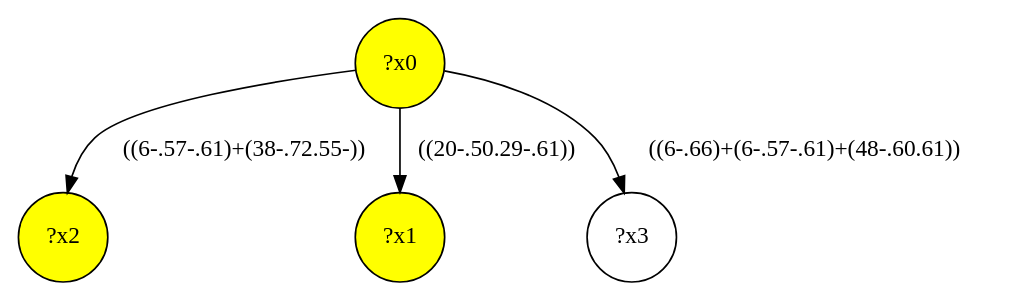
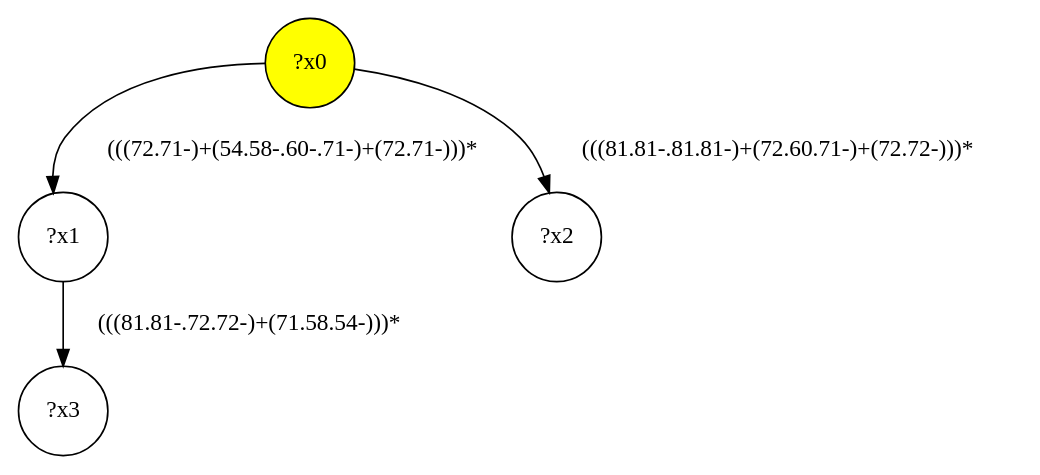
One commit to MathieuGicquel/federated-benchmark changed the diagram in lib/gmark/demo/shop/shop-interface/query-21.dot. Above: the diagram before and after it, drawn with Graphviz. The commit also changed 354 other files, not shown here.

```diff
--- a/lib/gmark/demo/shop/shop-interface/query-21.dot
+++ b/lib/gmark/demo/shop/shop-interface/query-21.dot
@@ -1,9 +1,9 @@
 digraph g {
 	x0 [fillcolor="yellow", style="filled," shape=circle, label="?x0"];
-	x2 [fillcolor="yellow", style="filled," shape=circle, label="?x2"];
-	x1 [fillcolor="yellow", style="filled," shape=circle, label="?x1"];
-	x0 -> x1 [label="((20-.50.29-.61))"];
-	x0 -> x2 [label="((6-.57-.61)+(38-.72.55-))"];
+	x1 [shape=circle, label="?x1"];
+	x0 -> x1 [label="(((72.71-)+(54.58-.60-.71-)+(72.71-)))*"];
+	x2 [shape=circle, label="?x2"];
+	x0 -> x2 [label="(((81.81-.81.81-)+(72.60.71-)+(72.72-)))*"];
 	x3 [shape=circle, label="?x3"];
-	x0 -> x3 [label="((6-.66)+(6-.57-.61)+(48-.60.61))"];
+	x1 -> x3 [label="(((81.81-.72.72-)+(71.58.54-)))*"];
 }
```
